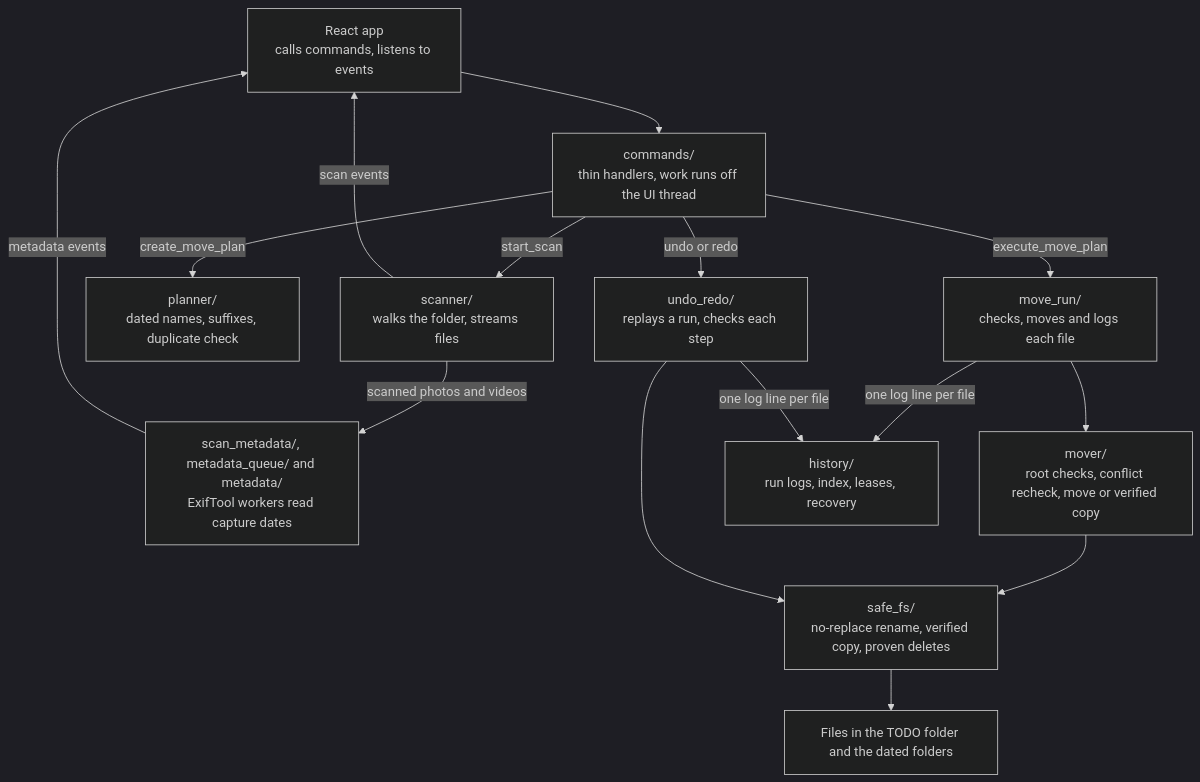
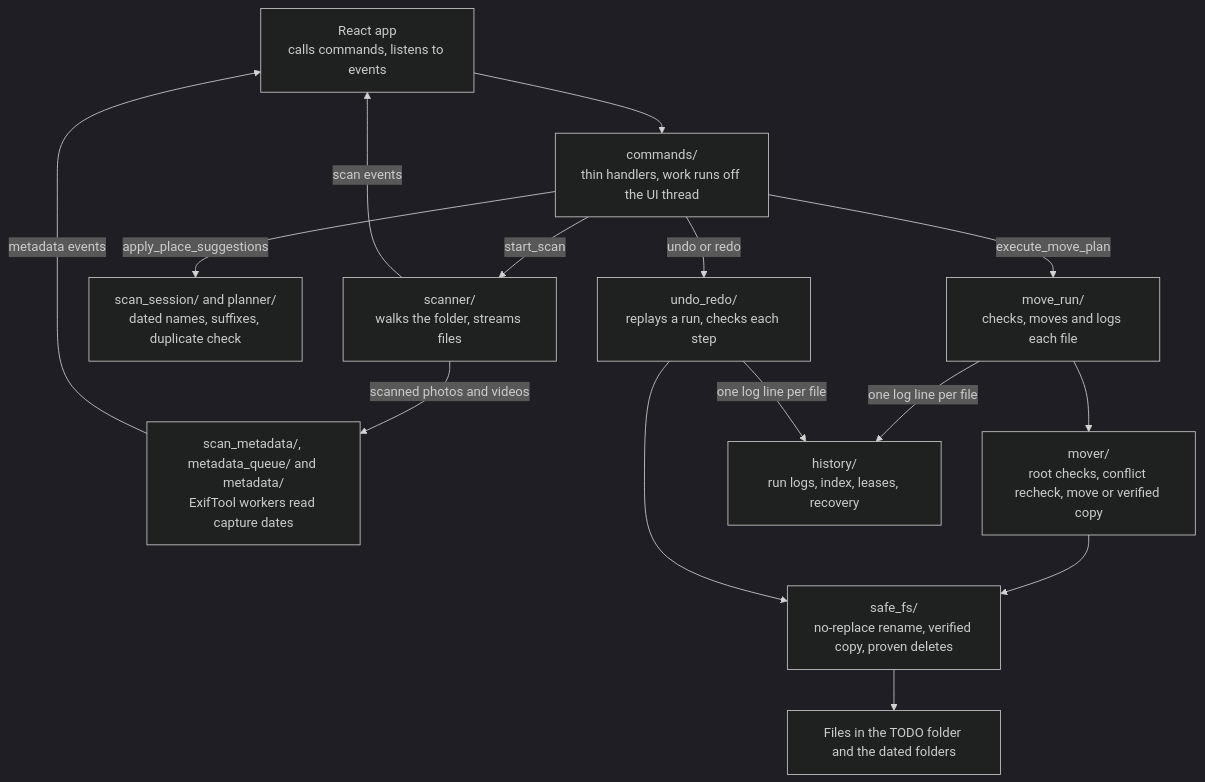
The second of 2 diagrams in src-tauri/README.md (oleg-chibikov/media-organizer), drawn with Mermaid (dark theme) before and after one commit. The commit also changed other lines of this file and 59 other files, not shown here.

````diff
--- a/src-tauri/README.md
+++ b/src-tauri/README.md
@@ -55,16 +55,16 @@
 ```mermaid
 flowchart TD
   ui["React app<br/>calls commands, listens to events"] --> cmd
   cmd["commands/<br/>thin handlers, work runs off the UI thread"] -->|start_scan| scan
   scan["scanner/<br/>walks the folder, streams files"] -->|scan events| ui
   scan -->|scanned photos and videos| meta["scan_metadata/, metadata_queue/ and metadata/<br/>ExifTool workers read capture dates"]
   meta -->|metadata events| ui
-  cmd -->|create_move_plan| plan["planner/<br/>dated names, suffixes, duplicate check"]
+  cmd -->|apply_place_suggestions| plan["scan_session/ and planner/<br/>dated names, suffixes, duplicate check"]
   cmd -->|execute_move_plan| run["move_run/<br/>checks, moves and logs each file"]
   run --> mover["mover/<br/>root checks, conflict recheck, move or verified copy"]
   cmd -->|undo or redo| replay["undo_redo/<br/>replays a run, checks each step"]
   mover --> safe["safe_fs/<br/>no-replace rename, verified copy, proven deletes"]
   replay --> safe
   run & replay -->|one log line per file| hist["history/<br/>run logs, index, leases, recovery"]
   safe --> disk["Files in the TODO folder and the dated folders"]
 ```
````
